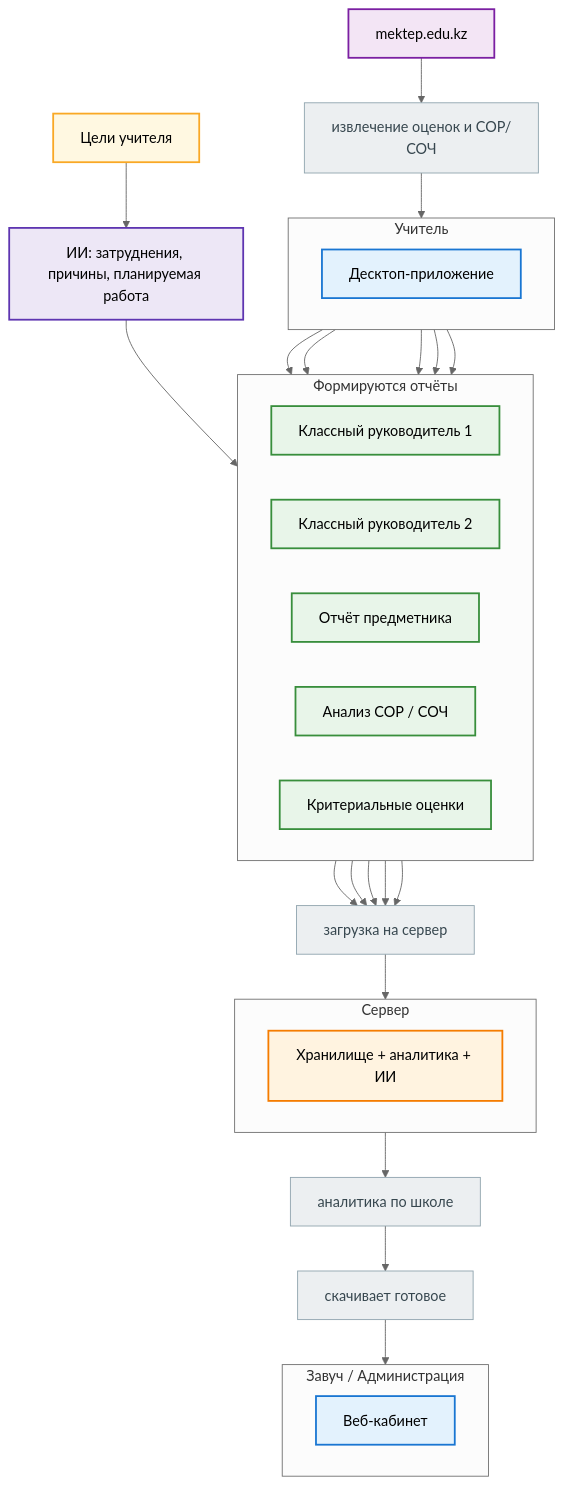
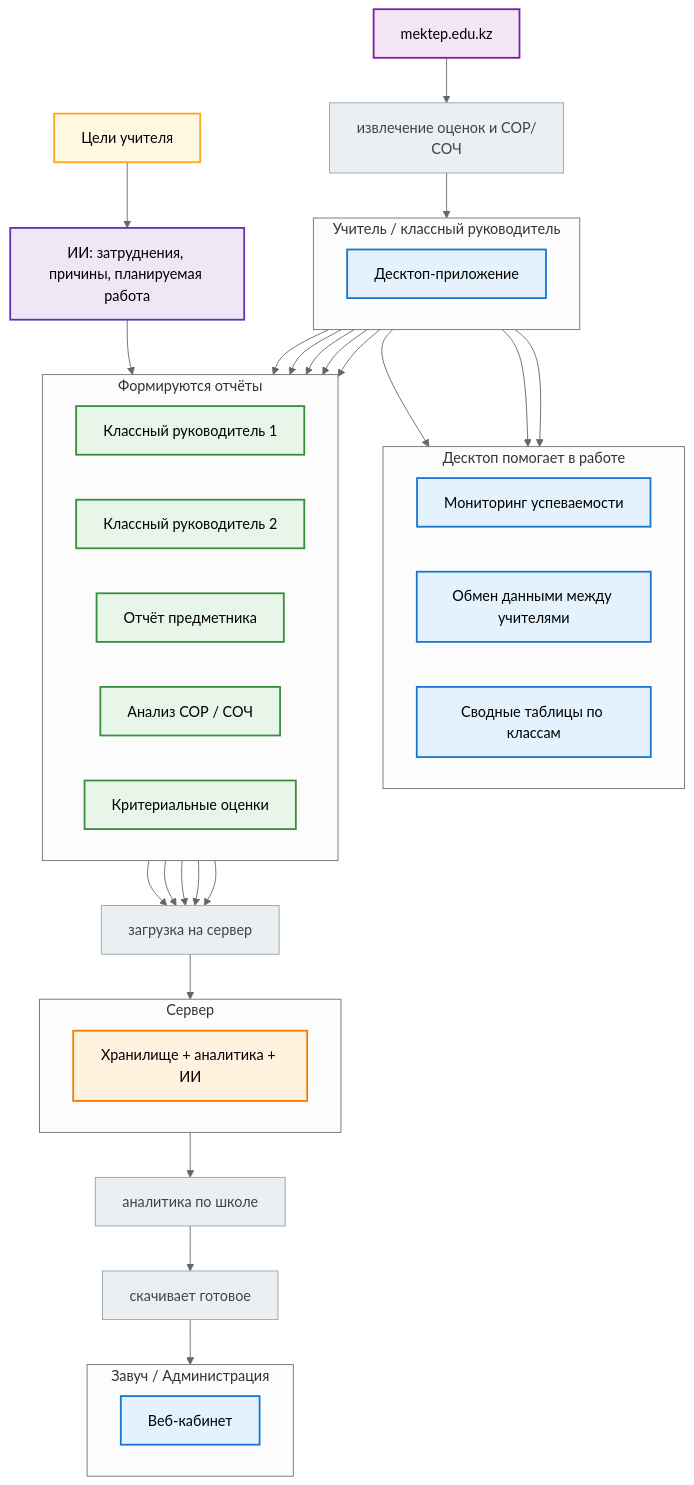
The second of 4 diagrams in ПРЕЗЕНТАЦИЯ.md (ed-baer97/pdf-to-excel-scraper-main), drawn with Mermaid (neutral theme) before and after one commit. The commit also changed other lines of this file and 12 other files, not shown here.

```diff
--- a/ПРЕЗЕНТАЦИЯ.md
+++ b/ПРЕЗЕНТАЦИЯ.md
@@ -119,9 +128,16 @@
     MK["mektep.edu.kz"]
     A1["извлечение оценок и СОР/СОЧ"]
 
-    subgraph T["Учитель"]
+    subgraph T["Учитель / классный руководитель"]
         direction LR
         D["Десктоп-приложение"]
+    end
+
+    subgraph Desk["Десктоп помогает в работе"]
+        direction LR
+        MON["Мониторинг успеваемости"]
+        EX["Обмен данными между учителями"]
+        SUM["Сводные таблицы по классам"]
     end
 
     GOALS["Цели учителя"]
@@ -154,6 +170,10 @@
     MK --> A1
     A1 --> D
 
+    D --> MON
+    D --> EX
+    D --> SUM
+
     D --> R1
     D --> R2
     D --> R3
@@ -176,6 +196,9 @@
 
     style MK fill:#f3e5f5,stroke:#7b1fa2,stroke-width:2px
     style D fill:#e3f2fd,stroke:#1976d2,stroke-width:2px
+    style MON fill:#e3f2fd,stroke:#1976d2,stroke-width:2px
+    style EX fill:#e3f2fd,stroke:#1976d2,stroke-width:2px
+    style SUM fill:#e3f2fd,stroke:#1976d2,stroke-width:2px
     style R1 fill:#e8f5e9,stroke:#388e3c,stroke-width:2px
     style R2 fill:#e8f5e9,stroke:#388e3c,stroke-width:2px
     style R3 fill:#e8f5e9,stroke:#388e3c,stroke-width:2px
```
